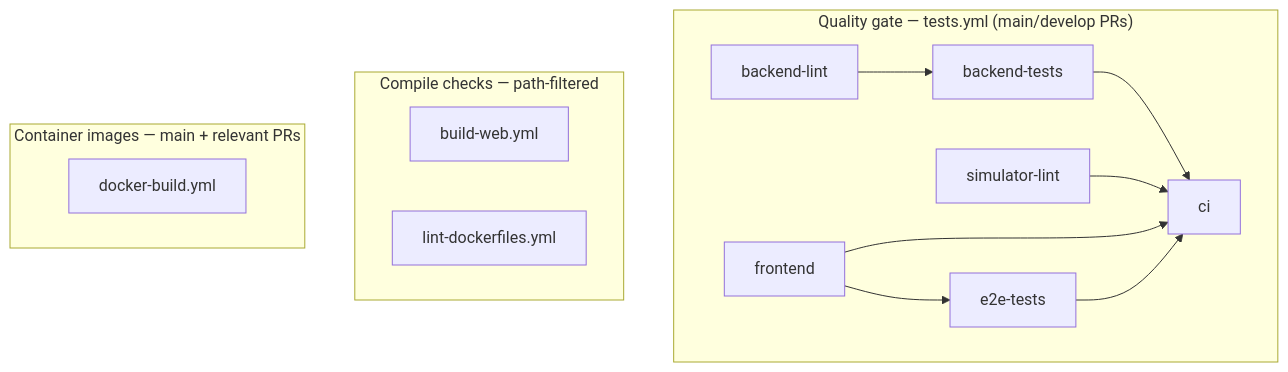
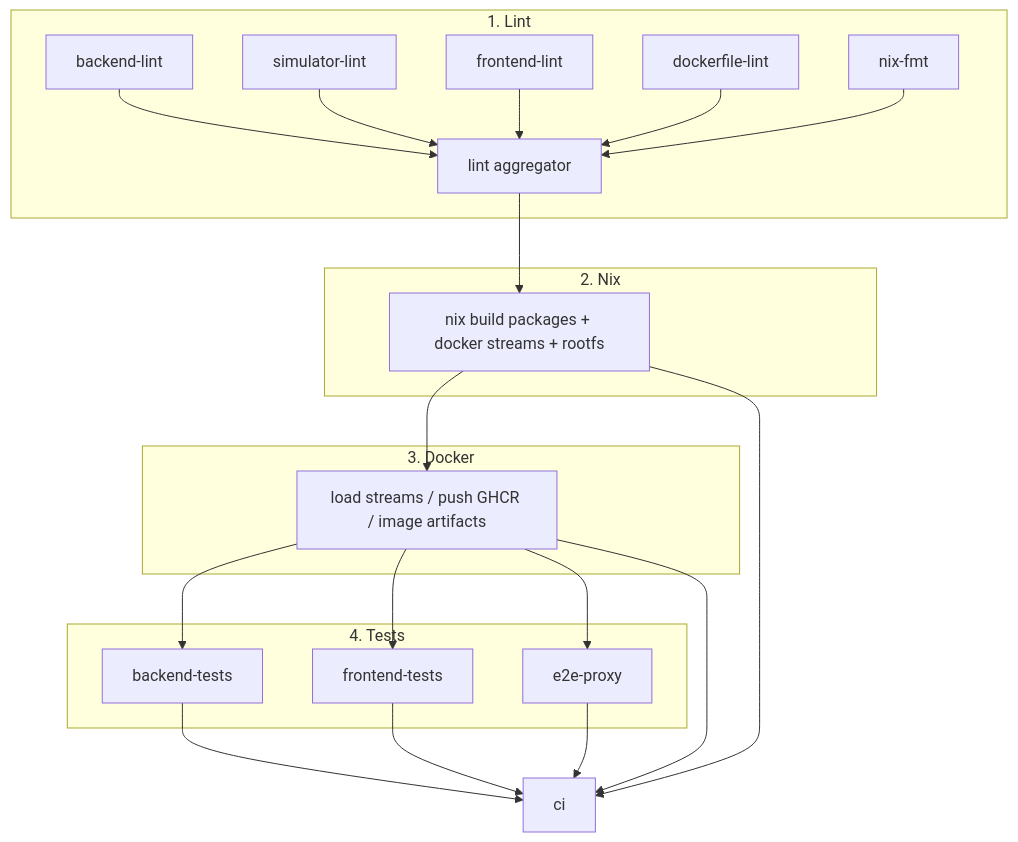
The diagram in .github/workflows/README.md (helpwave/tasks), drawn with Mermaid before and after one commit. The commit also changed other lines of this file and 34 other files, not shown here.

````diff
--- a/.github/workflows/README.md
+++ b/.github/workflows/README.md
@@ -5,27 +5,40 @@
 ```mermaid
 flowchart TD
-  subgraph quality["Quality gate — tests.yml (main/develop PRs)"]
+  subgraph lint["1. Lint"]
     BL[backend-lint]
     SL[simulator-lint]
-    FE[frontend]
-    BT[backend-tests]
-    E2E[e2e-tests]
-    CI[ci]
-
-    BL --> BT
-    FE --> E2E
-    BT --> CI
-    SL --> CI
-    FE --> CI
-    E2E --> CI
+    FE[frontend-lint]
+    DL[dockerfile-lint]
+    NF[nix-fmt]
+    L[lint aggregator]
+    BL --> L
+    SL --> L
+    FE --> L
+    DL --> L
+    NF --> L
   end
 
-  subgraph compile["Compile checks — path-filtered"]
-    BW[build-web.yml]
-    LD[lint-dockerfiles.yml]
+  subgraph nix["2. Nix"]
+    N[nix build packages + docker streams + rootfs]
   end
 
-  subgraph release["Container images — main + relevant PRs"]
-    DB[docker-build.yml]
+  subgraph docker["3. Docker"]
+    D[load streams / push GHCR / image artifacts]
   end
+
+  subgraph tests["4. Tests"]
+    BT[backend-tests]
+    FT[frontend-tests]
+    EP[e2e-proxy]
+  end
+
+  L --> N --> D
+  D --> BT
+  D --> FT
+  D --> EP
+  BT --> CI[ci]
+  FT --> CI
+  EP --> CI
+  N --> CI
+  D --> CI
 ```
````
